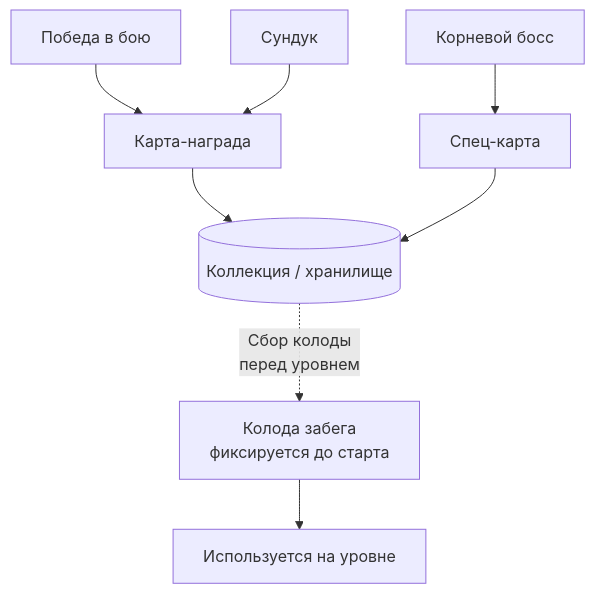
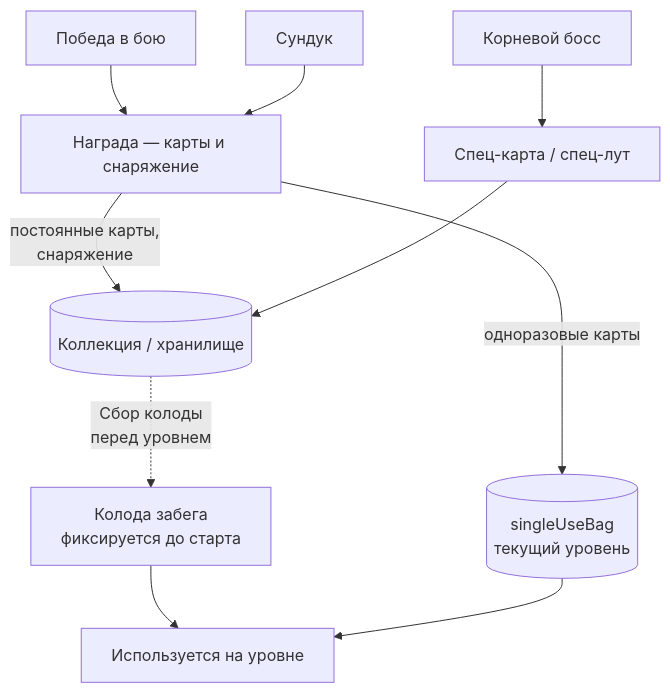
The fifth of 5 diagrams in docs/architecture/04-gameplay.md (SPbZOVal/yar), drawn with Mermaid before and after one commit. The commit also changed other lines of this file and 3 other files, not shown here.

First line of the commit message:
docs: de-jargon README, clarify level graph and loot flow

````diff
--- a/docs/architecture/04-gameplay.md
+++ b/docs/architecture/04-gameplay.md
@@ -148,10 +166,14 @@
 ```mermaid
 flowchart TD
-    FIGHT[Победа в бою] --> DROP[Карта-награда]
+    FIGHT[Победа в бою] --> DROP[Награда — карты и снаряжение]
     CHEST[Сундук] --> DROP
-    BOSS[Корневой босс] --> SPECIAL[Спец-карта]
-    DROP --> STORAGE[(Коллекция / хранилище)]
+    BOSS[Корневой босс] --> SPECIAL[Спец-карта / спец-лут]
+
+    DROP -->|постоянные карты,<br/>снаряжение| STORAGE[(Коллекция / хранилище)]
+    DROP -->|одноразовые карты| BAG[(singleUseBag<br/>текущий уровень)]
     SPECIAL --> STORAGE
+
     STORAGE -.->|Сбор колоды<br/>перед уровнем| DECK[Колода забега<br/>фиксируется до старта]
     DECK --> PLAY[Используется на уровне]
+    BAG --> PLAY
 ```
````
